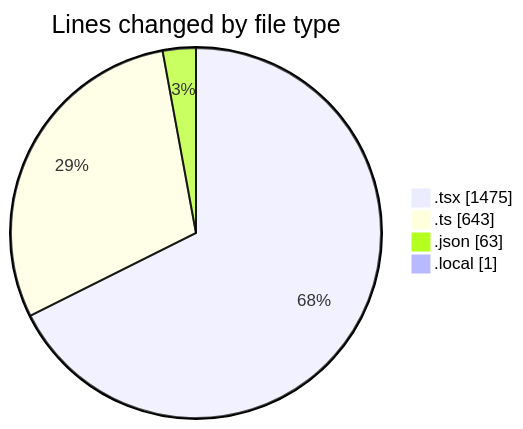
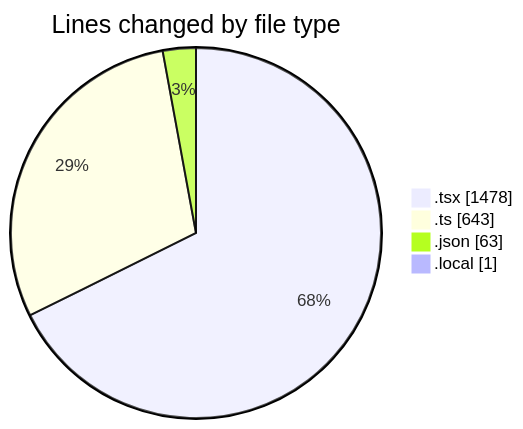
Before and after one commit to julien-gomy/code-tracking: the first of 2 diagrams in 2025-10-21/eventscop-frontend-guide__workspace_/README.md, drawn with Mermaid. The commit also changed other lines of this file and 1 other file, not shown here.

````diff
--- a/2025-10-21/eventscop-frontend-guide__workspace_/README.md
+++ b/2025-10-21/eventscop-frontend-guide__workspace_/README.md
@@ -44,8 +44,8 @@
 ```mermaid
 pie showData
 title Lines changed by file type
-".tsx" : 1475
+".tsx" : 1478
 ".ts" : 643
 ".json" : 63
 ".local" : 1
 ```
````
